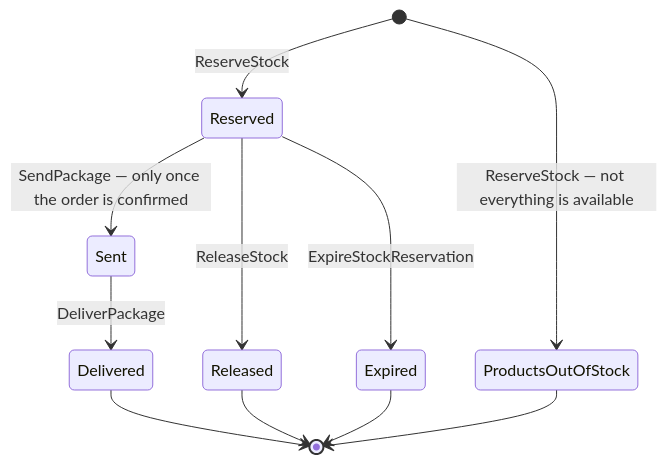
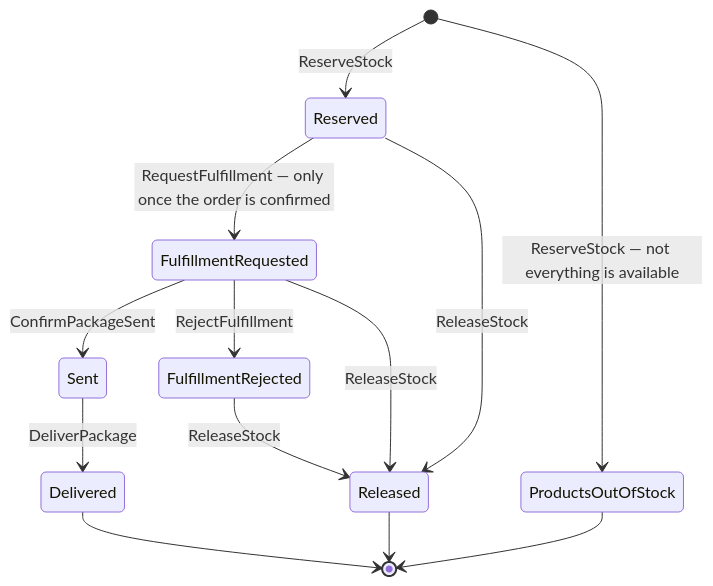
One commit to oskardudycz/EventSourcing.JVM changed the second of 4 diagrams in samples/distributed-processes/README.md. Above: the diagram before and after it, drawn with Mermaid. The commit also changed other lines of this file and 115 other files, not shown here.

Commit message:
Refactored the e-commerce flow to be real and use real terms and removed useless external events and data

````diff
--- a/samples/distributed-processes/README.md
+++ b/samples/distributed-processes/README.md
@@ -234,13 +235,15 @@
 ```mermaid
 stateDiagram-v2
     [*] --> Reserved: ReserveStock
     [*] --> ProductsOutOfStock: ReserveStock — not everything is available
-    Reserved --> Sent: SendPackage — only once the order is confirmed
+    Reserved --> FulfillmentRequested: RequestFulfillment — only once the order is confirmed
     Reserved --> Released: ReleaseStock
-    Reserved --> Expired: ExpireStockReservation
+    FulfillmentRequested --> Sent: ConfirmPackageSent
+    FulfillmentRequested --> FulfillmentRejected: RejectFulfillment
+    FulfillmentRequested --> Released: ReleaseStock
+    FulfillmentRejected --> Released: ReleaseStock
     Sent --> Delivered: DeliverPackage
     Delivered --> [*]
     Released --> [*]
-    Expired --> [*]
     ProductsOutOfStock --> [*]
 ```
````
